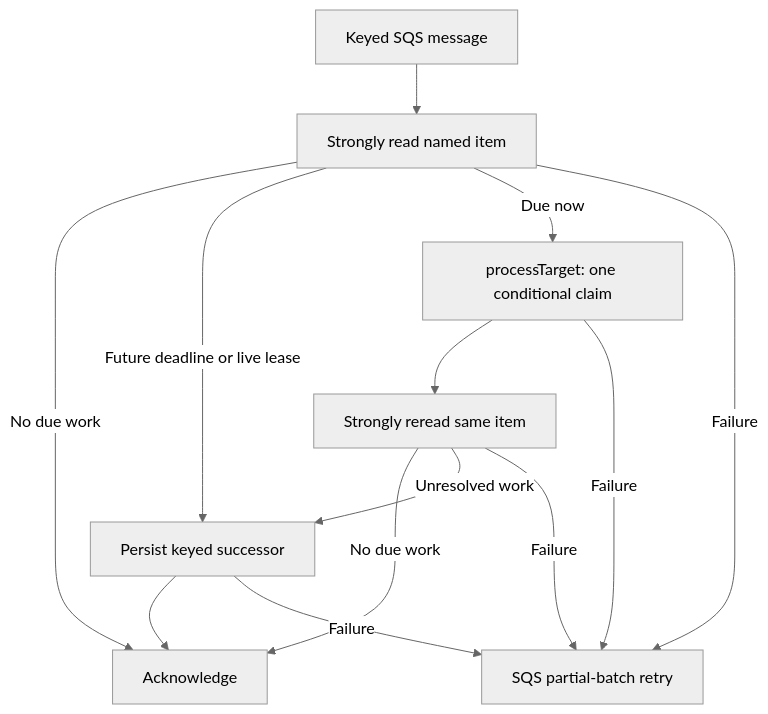
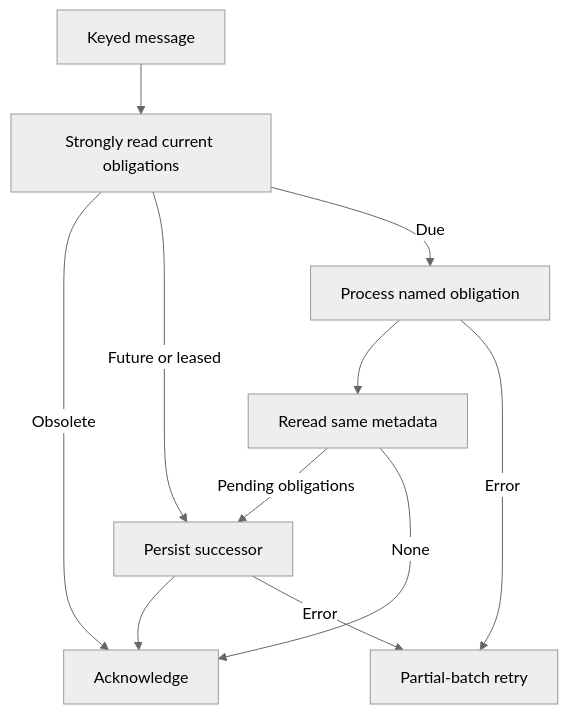
Before and after one commit to ataylorme/tanstack-workflow-aws: the diagram in docs/workflow-wakeups.md, drawn with Mermaid (neutral theme). The commit also changed other lines of this file and 48 other files, not shown here.

````diff
--- a/docs/workflow-wakeups.md
+++ b/docs/workflow-wakeups.md
@@ -56,15 +30,13 @@
 ```mermaid
 flowchart TB
-    message["Keyed SQS message"] --> read["Strongly read named item"]
-    read -->|"No due work"| ack["Acknowledge"]
-    read -->|"Future deadline or live lease"| persist["Persist keyed successor"]
-    read -->|"Due now"| execute["processTarget: one conditional claim"]
-    execute --> reread["Strongly reread same item"]
-    reread -->|"No due work"| ack
-    reread -->|"Unresolved work"| persist
+    message["Keyed message"] --> read["Strongly read current obligations"]
+    read -->|"Obsolete"| ack["Acknowledge"]
+    read -->|"Future or leased"| persist["Persist successor"]
+    read -->|"Due"| action["Process named obligation"]
+    action --> reread["Reread same metadata"]
+    reread -->|"Pending obligations"| persist
+    reread -->|"None"| ack
     persist --> ack
-    execute -->|"Failure"| retry["SQS partial-batch retry"]
-    persist -->|"Failure"| retry
-    read -->|"Failure"| retry
-    reread -->|"Failure"| retry
+    action -->|"Error"| retry["Partial-batch retry"]
+    persist -->|"Error"| retry
 ```
````
